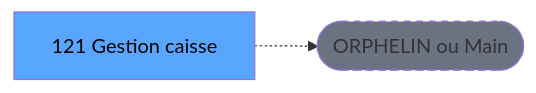
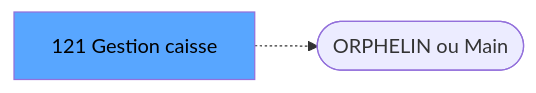
Before and after one commit to thonyAGP/lecteur-magic: the second of 3 diagrams in .openspec/renders/ADH-IDE-121.md, drawn with Mermaid. The commit also changed other lines of this file and 5 other files, not shown here.

````diff
--- a/.openspec/renders/ADH-IDE-121.md
+++ b/.openspec/renders/ADH-IDE-121.md
@@ -128,8 +139,7 @@
 ```mermaid
 graph LR
     T[121 Gestion caisse]
     ORPHAN([ORPHELIN ou Main])
     T -.-> ORPHAN
     style T fill:#58a6ff,color:#000
-    style ORPHAN fill:#6b7280,stroke-dasharray: 5 5
 ```
````
